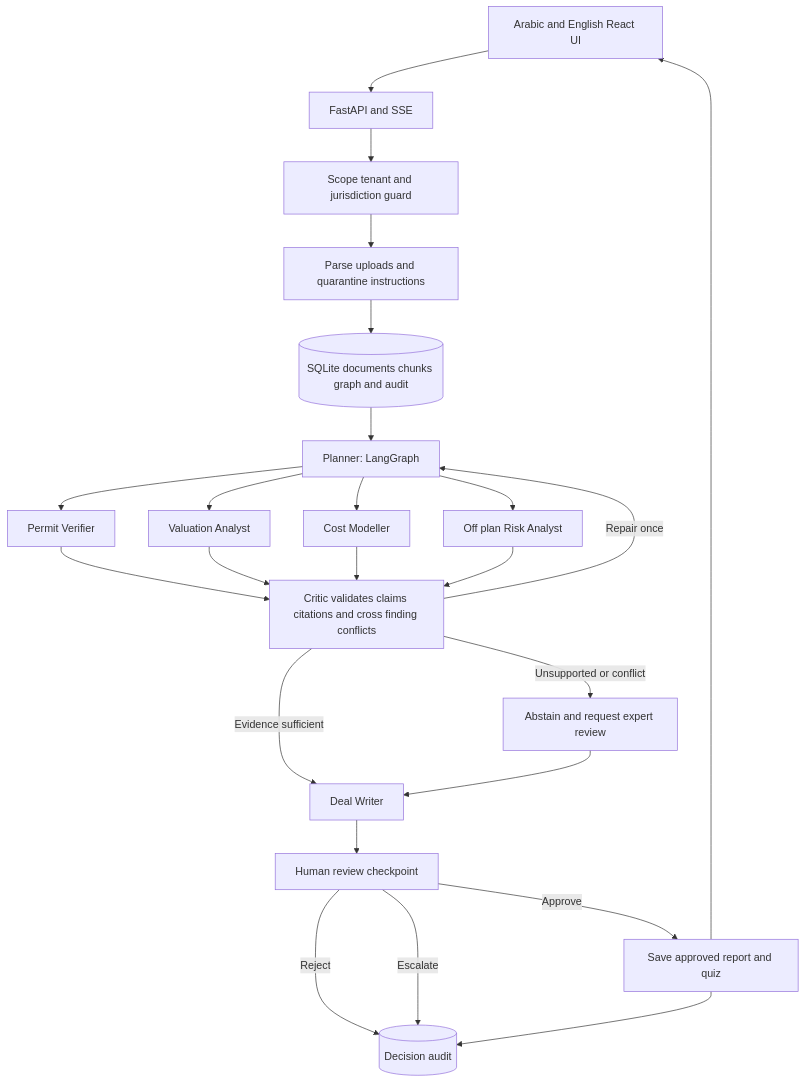
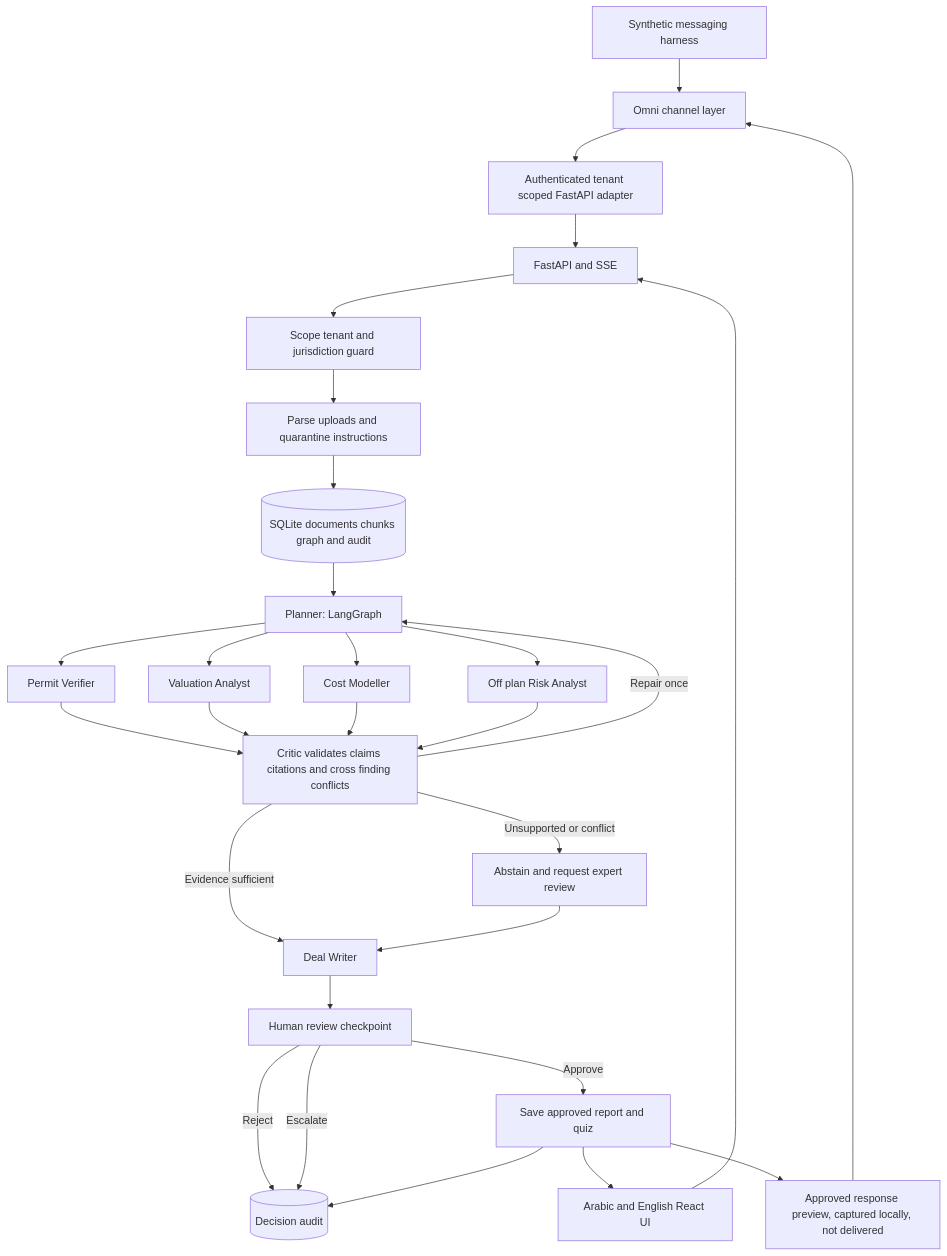
One commit to appscluster/UAE-RealEstate-Agent changed the second of 2 diagrams in README.md. Above: the diagram before and after it, drawn with Mermaid. The commit also changed other lines of this file, not shown here.

Commit message:
Add Omni messaging channel layer to requirements and architecture

````diff
--- a/README.md
+++ b/README.md
@@ -127,26 +127,31 @@
 ```mermaid
 flowchart TD
+    Chat[Synthetic messaging harness] --> Omni[Omni channel layer]
+    Omni --> Adapter[Authenticated tenant scoped FastAPI adapter]
+    Adapter --> API
     UI[Arabic and English React UI] --> API[FastAPI and SSE]
     API --> Guard[Scope tenant and jurisdiction guard]
     Guard --> Ingest[Parse uploads and quarantine instructions]
     Ingest --> Store[(SQLite documents chunks graph and audit)]
     Store --> Plan[Planner: LangGraph]
     Plan --> PV[Permit Verifier]
     Plan --> VA[Valuation Analyst]
     Plan --> CM[Cost Modeller]
     Plan --> OR[Off plan Risk Analyst]
     PV --> Critic[Critic validates claims citations and cross finding conflicts]
     VA --> Critic
     CM --> Critic
     OR --> Critic
     Critic -->|Repair once| Plan
     Critic -->|Unsupported or conflict| Escalate[Abstain and request expert review]
     Critic -->|Evidence sufficient| DW[Deal Writer]
     Escalate --> DW
     DW --> Human[Human review checkpoint]
     Human -->|Approve| Report[Save approved report and quiz]
     Human -->|Reject| Audit[(Decision audit)]
     Human -->|Escalate| Audit
     Report --> Audit
     Report --> UI
+    Report --> Preview[Approved response preview, captured locally, not delivered]
+    Preview --> Omni
 ```
````
